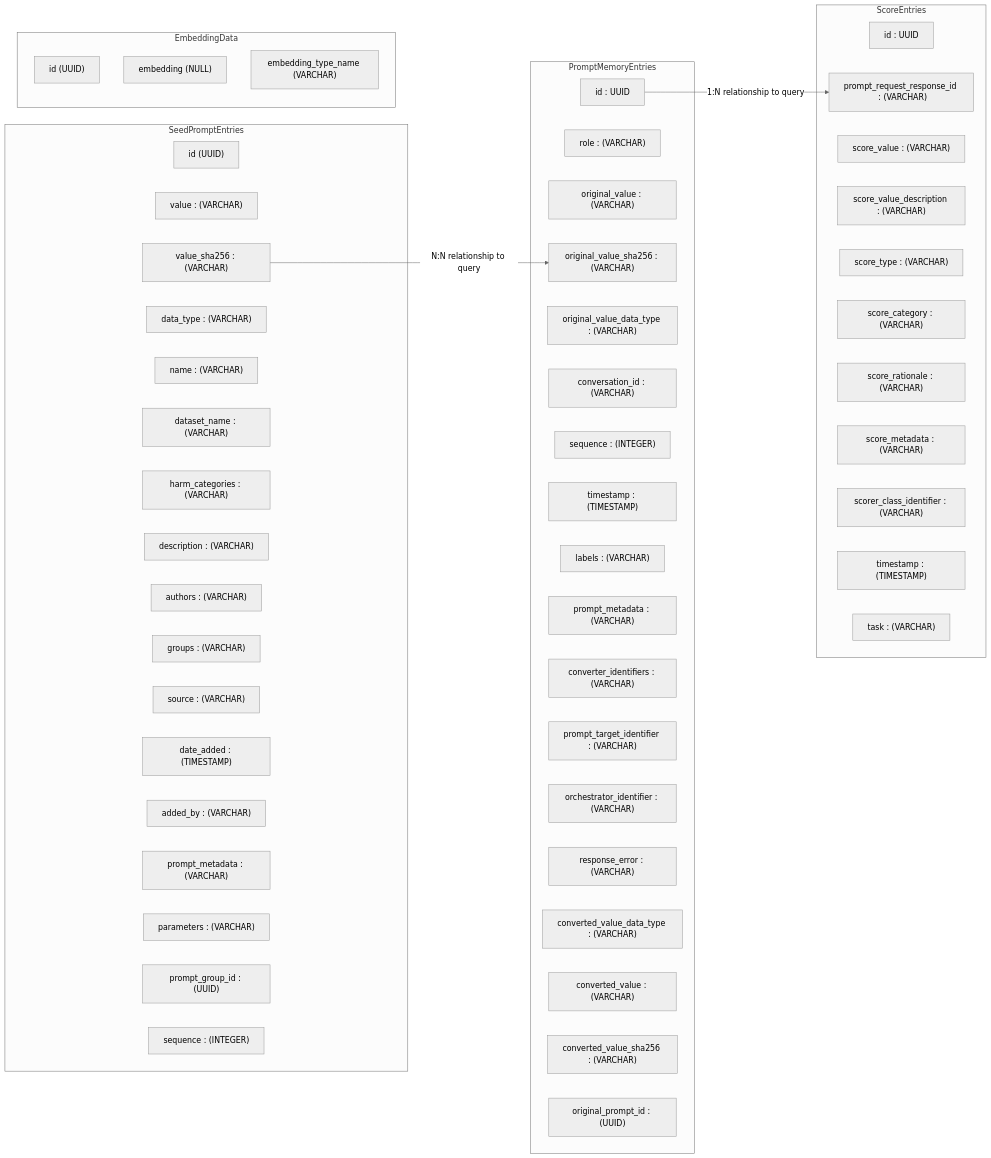
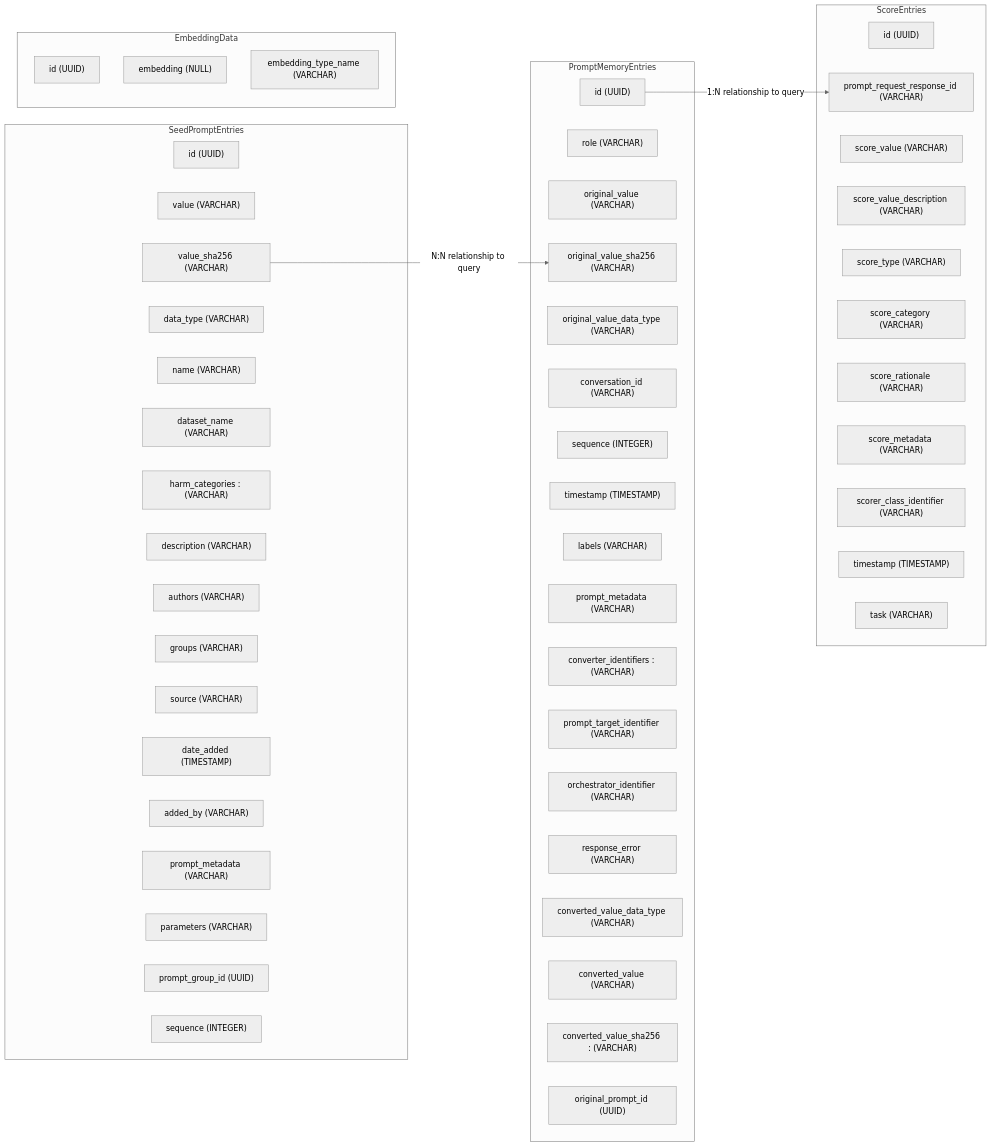
Before and after one commit to Azure/PyRIT: the diagram in doc/code/memory/10_schema_diagram.md, drawn with Mermaid (neutral theme).

Commit message:
diagram edit format

````diff
--- a/doc/code/memory/10_schema_diagram.md
+++ b/doc/code/memory/10_schema_diagram.md
@@ -3,69 +3,69 @@
 ```mermaid
 graph LR
     subgraph SeedPromptEntries
         S_id["id (UUID)"]
-        S_value["value : (VARCHAR)"]
-        S_value_sha256["value_sha256 : (VARCHAR)"]
-        S_data_type["data_type : (VARCHAR)"]
-        S_name["name : (VARCHAR)"]
-        S_dataset_name["dataset_name : (VARCHAR)"]
+        S_value["value (VARCHAR)"]
+        S_value_sha256["value_sha256 (VARCHAR)"]
+        S_data_type["data_type (VARCHAR)"]
+        S_name["name (VARCHAR)"]
+        S_dataset_name["dataset_name (VARCHAR)"]
         S_harm_categories["harm_categories : (VARCHAR)"]
-        S_description["description : (VARCHAR)"]
-        S_authors["authors : (VARCHAR)"]
-        S_groups["groups : (VARCHAR)"]
-        S_source["source : (VARCHAR)"]
-        S_date_added["date_added : (TIMESTAMP)"]
-        S_added_by["added_by : (VARCHAR)"]
-        S_prompt_metadata["prompt_metadata : (VARCHAR)"]
-        S_parameters["parameters : (VARCHAR)"]
-        S_prompt_group_id["prompt_group_id : (UUID)"]
-        S_sequence["sequence : (INTEGER)"]
+        S_description["description (VARCHAR)"]
+        S_authors["authors (VARCHAR)"]
+        S_groups["groups (VARCHAR)"]
+        S_source["source (VARCHAR)"]
+        S_date_added["date_added (TIMESTAMP)"]
+        S_added_by["added_by (VARCHAR)"]
+        S_prompt_metadata["prompt_metadata (VARCHAR)"]
+        S_parameters["parameters (VARCHAR)"]
+        S_prompt_group_id["prompt_group_id (UUID)"]
+        S_sequence["sequence (INTEGER)"]
     end
 
     subgraph PromptMemoryEntries
-        P_id["id : UUID"]
-        P_role["role : (VARCHAR)"]
-        P_original_value["original_value : (VARCHAR)"]
-        P_original_value_sha256["original_value_sha256 : (VARCHAR)"]
-        P_original_value_data_type["original_value_data_type : (VARCHAR)"]
-        P_conversation_id["conversation_id : (VARCHAR)"]
-        P_sequence["sequence : (INTEGER)"]
-        P_timestamp["timestamp : (TIMESTAMP)"]
-        P_labels["labels : (VARCHAR)"]
-        P_prompt_metadata["prompt_metadata : (VARCHAR)"]
+        P_id["id (UUID)"]
+        P_role["role (VARCHAR)"]
+        P_original_value["original_value (VARCHAR)"]
+        P_original_value_sha256["original_value_sha256 (VARCHAR)"]
+        P_original_value_data_type["original_value_data_type (VARCHAR)"]
+        P_conversation_id["conversation_id (VARCHAR)"]
+        P_sequence["sequence (INTEGER)"]
+        P_timestamp["timestamp (TIMESTAMP)"]
+        P_labels["labels (VARCHAR)"]
+        P_prompt_metadata["prompt_metadata (VARCHAR)"]
         P_converter_identifiers["converter_identifiers : (VARCHAR)"]
-        P_prompt_target_identifier["prompt_target_identifier : (VARCHAR)"]
-        P_orchestrator_identifier["orchestrator_identifier : (VARCHAR)"]
-        P_response_error["response_error : (VARCHAR)"]
-        P_converted_value_data_type["converted_value_data_type : (VARCHAR)"]
-        P_converted_value["converted_value : (VARCHAR)"]
+        P_prompt_target_identifier["prompt_target_identifier (VARCHAR)"]
+        P_orchestrator_identifier["orchestrator_identifier (VARCHAR)"]
+        P_response_error["response_error (VARCHAR)"]
+        P_converted_value_data_type["converted_value_data_type (VARCHAR)"]
+        P_converted_value["converted_value (VARCHAR)"]
         P_converted_value_sha256["converted_value_sha256 : (VARCHAR)"]
-        P_original_prompt_id["original_prompt_id : (UUID)"]
+        P_original_prompt_id["original_prompt_id (UUID)"]
     end
 
     subgraph ScoreEntries
-        Sc_id["id : UUID"]
-        Sc_prompt_request_response_id["prompt_request_response_id  : (VARCHAR)"]
-        Sc_score_value["score_value : (VARCHAR)"]
-        Sc_score_value_description["score_value_description : (VARCHAR)"]
-        Sc_score_type["score_type : (VARCHAR)"]
-        Sc_score_category["score_category : (VARCHAR)"]
-        Sc_score_rationale["score_rationale : (VARCHAR)"]
-        Sc_score_metadata["score_metadata : (VARCHAR)"]
-        Sc_scorer_class_identifier["scorer_class_identifier : (VARCHAR)"]
-        Sc_timestamp["timestamp : (TIMESTAMP)"]
-        Sc_task["task : (VARCHAR)"]
+        Sc_id["id (UUID)"]
+        Sc_prompt_request_response_id["prompt_request_response_id (VARCHAR)"]
+        Sc_score_value["score_value (VARCHAR)"]
+        Sc_score_value_description["score_value_description (VARCHAR)"]
+        Sc_score_type["score_type (VARCHAR)"]
+        Sc_score_category["score_category (VARCHAR)"]
+        Sc_score_rationale["score_rationale (VARCHAR)"]
+        Sc_score_metadata["score_metadata (VARCHAR)"]
+        Sc_scorer_class_identifier["scorer_class_identifier (VARCHAR)"]
+        Sc_timestamp["timestamp (TIMESTAMP)"]
+        Sc_task["task (VARCHAR)"]
     end
 
     subgraph EmbeddingData
         E_id["id (UUID)"]
         E_embedding["embedding (NULL)"]
         E_embedding_type_name["embedding_type_name (VARCHAR)"]
     end
 
     %% Relationship arrow
     S_value_sha256 --> |N:N relationship to query| P_original_value_sha256
     P_id --> |1:N relationship to query| Sc_prompt_request_response_id
 
 
 ```
````
